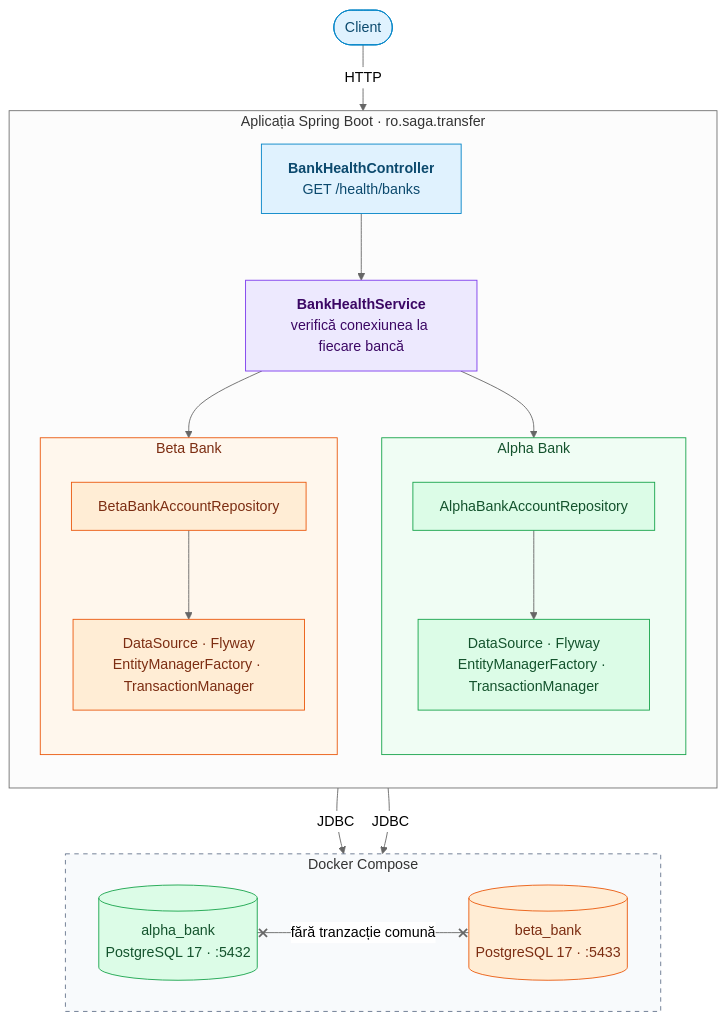
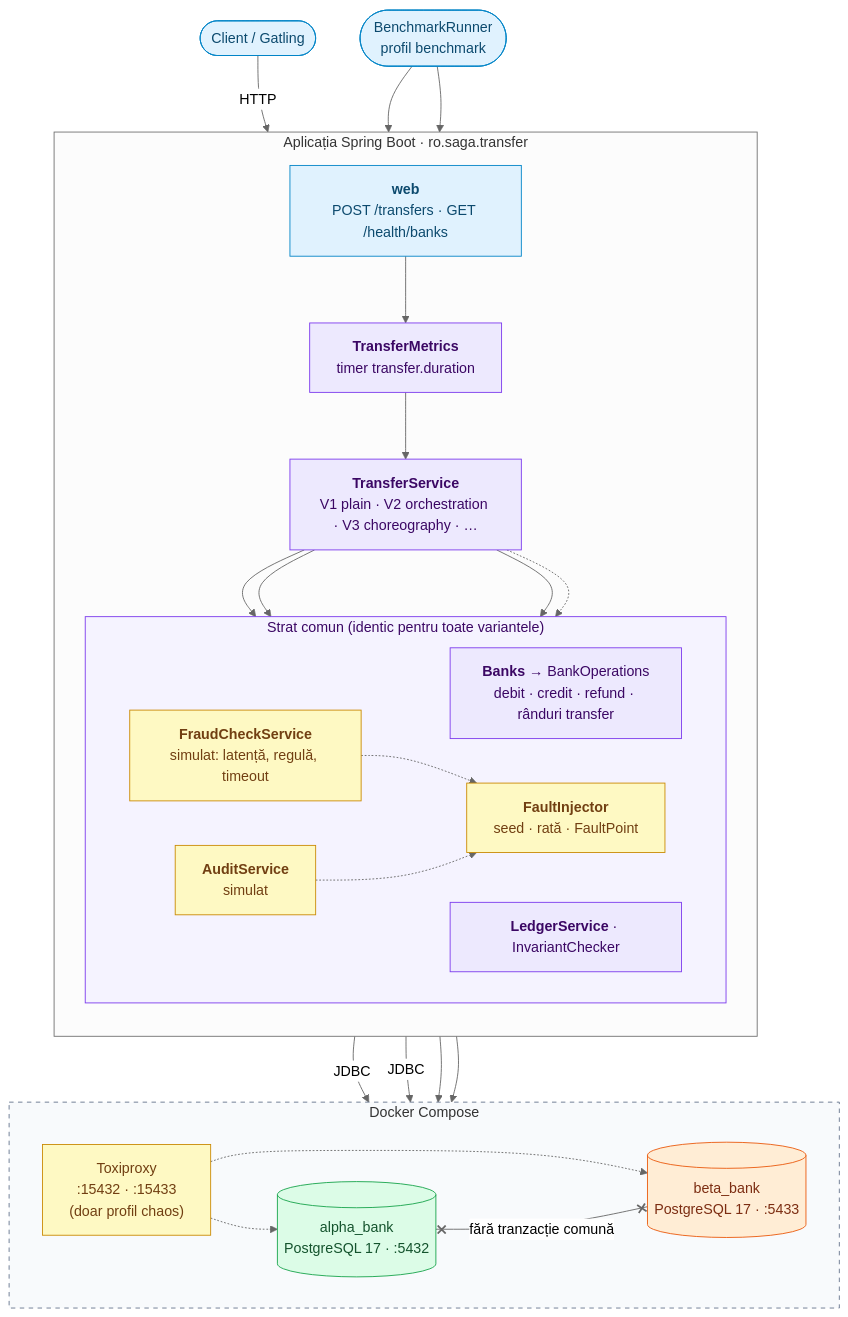
The first of 3 diagrams in docs/architecture.md (nataliagorin/proiect-SASPS), drawn with Mermaid (neutral theme) before and after one commit. The commit also changed other lines of this file and 27 other files, not shown here.

Commit message:
benchmark profile, actuator, micrometer, error injector

````diff
--- a/docs/architecture.md
+++ b/docs/architecture.md
@@ -5,53 +5,63 @@
 ```mermaid
 flowchart TB
-    client(["Client"])
+    client(["Client / Gatling"])
+    runner(["BenchmarkRunner<br/>profil benchmark"])
 
     subgraph app["Aplicația Spring Boot · ro.saga.transfer"]
         direction TB
 
-        controller["<b>BankHealthController</b><br/>GET /health/banks"]
-        service["<b>BankHealthService</b><br/>verifică conexiunea la fiecare bancă"]
+        web["<b>web</b><br/>POST /transfers · GET /health/banks"]
+        variants["<b>TransferService</b><br/>V1 plain · V2 orchestration · V3 choreography · …"]
+        metrics["<b>TransferMetrics</b><br/>timer transfer.duration"]
 
-        subgraph alpha["Alpha Bank"]
-            direction TB
-            alphaRepository["AlphaBankAccountRepository"]
-            alphaPersistence["DataSource · Flyway<br/>EntityManagerFactory · TransactionManager"]
-        end
-
-        subgraph beta["Beta Bank"]
-            direction TB
-            betaRepository["BetaBankAccountRepository"]
-            betaPersistence["DataSource · Flyway<br/>EntityManagerFactory · TransactionManager"]
+        subgraph shared["Strat comun (identic pentru toate variantele)"]
+            direction LR
+            banks["<b>Banks</b> → BankOperations<br/>debit · credit · refund · rânduri transfer"]
+            fraud["<b>FraudCheckService</b><br/>simulat: latență, regulă, timeout"]
+            audit["<b>AuditService</b><br/>simulat"]
+            faults["<b>FaultInjector</b><br/>seed · rată · FaultPoint"]
+            ledger["<b>LedgerService</b> · InvariantChecker"]
         end
     end
 
     subgraph docker["Docker Compose"]
         direction LR
+        proxy["Toxiproxy<br/>:15432 · :15433<br/>(doar profil chaos)"]
         alphaDatabase[("alpha_bank<br/>PostgreSQL 17 · :5432")]
         betaDatabase[("beta_bank<br/>PostgreSQL 17 · :5433")]
     end
 
-    client -->|HTTP| controller
-    controller --> service
-    service --> alphaPersistence
-    service --> betaPersistence
-    alphaRepository --> alphaPersistence
-    betaRepository --> betaPersistence
-    alphaPersistence -->|JDBC| alphaDatabase
-    betaPersistence -->|JDBC| betaDatabase
+    client -->|HTTP| web
+    web --> metrics
+    runner --> metrics
+    metrics --> variants
+    variants --> banks
+    variants --> fraud
+    variants --> audit
+    variants -.-> faults
+    fraud -.-> faults
+    audit -.-> faults
+    runner --> ledger
+    banks -->|JDBC| alphaDatabase
+    banks -->|JDBC| betaDatabase
+    ledger --> alphaDatabase
+    ledger --> betaDatabase
+    proxy -.-> alphaDatabase
+    proxy -.-> betaDatabase
     alphaDatabase x--x|fără tranzacție comună| betaDatabase
 
     classDef entry fill:#e0f2fe,stroke:#0284c7,color:#0c4a6e
     classDef core fill:#ede9fe,stroke:#7c3aed,color:#3b0764
+    classDef sim fill:#fef9c3,stroke:#ca8a04,color:#713f12
     classDef alphaNode fill:#dcfce7,stroke:#16a34a,color:#14532d
     classDef betaNode fill:#ffedd5,stroke:#ea580c,color:#7c2d12
 
-    class client,controller entry
-    class service core
-    class alphaRepository,alphaPersistence,alphaDatabase alphaNode
-    class betaRepository,betaPersistence,betaDatabase betaNode
+    class client,runner,web entry
+    class variants,metrics,banks,ledger core
+    class fraud,audit,faults,proxy sim
+    class alphaDatabase alphaNode
+    class betaDatabase betaNode
 
-    style alpha fill:#f0fdf4,stroke:#16a34a,color:#14532d
-    style beta fill:#fff7ed,stroke:#ea580c,color:#7c2d12
+    style shared fill:#f5f3ff,stroke:#7c3aed,color:#3b0764
     style docker fill:#f8fafc,stroke:#64748b,stroke-dasharray: 5 5
 ```
````
